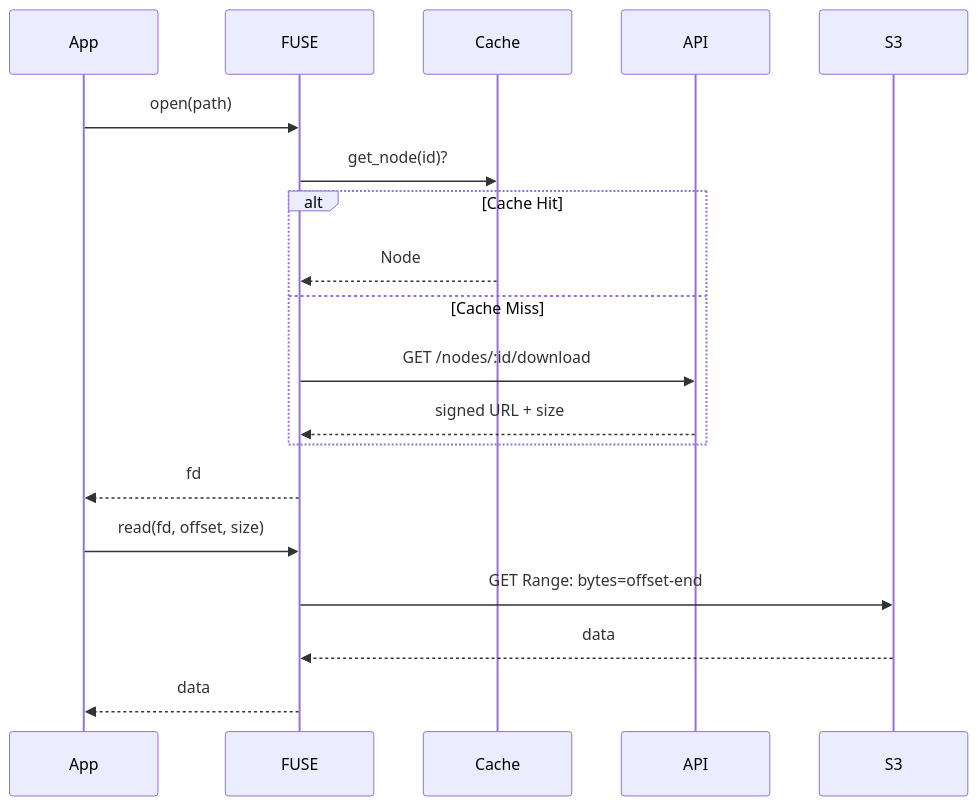
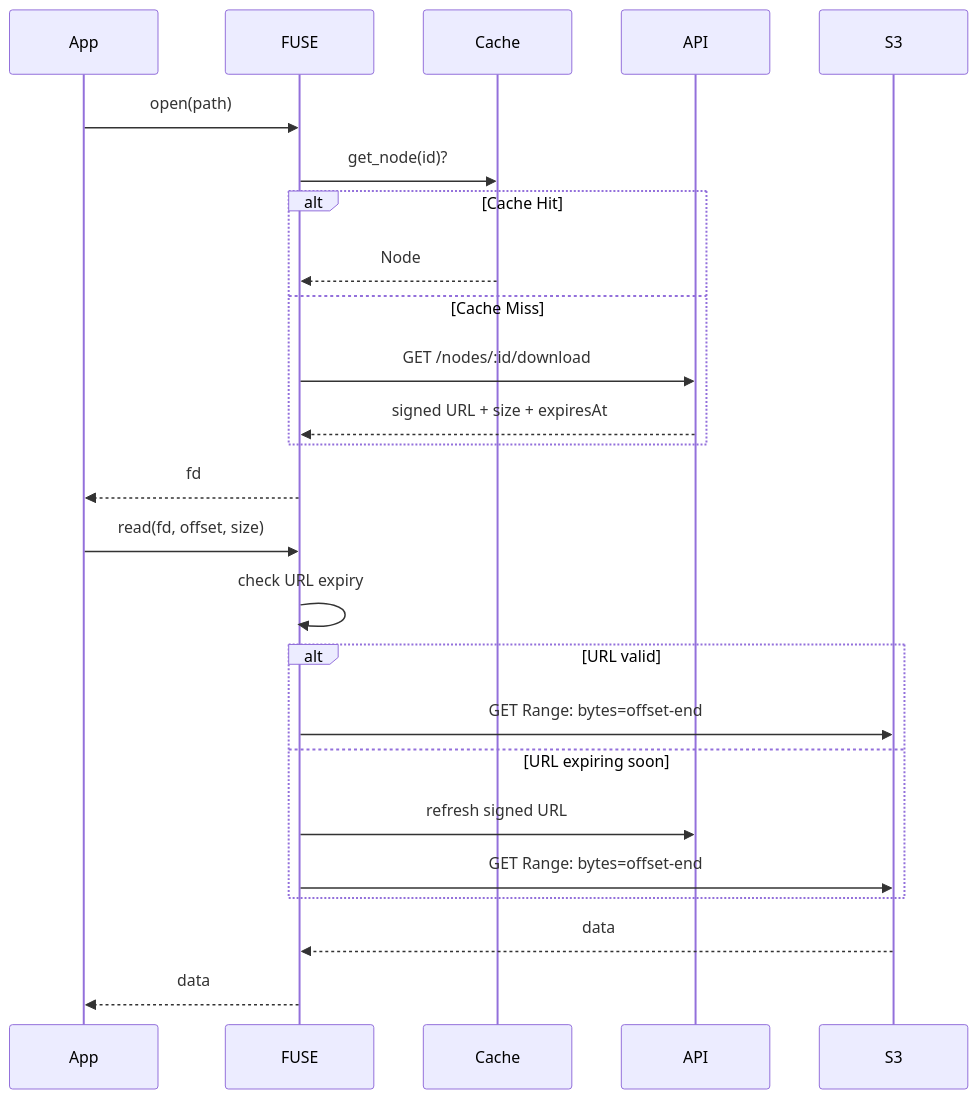
Before and after one commit to Roset-dev/Roset: the third of 4 diagrams in fuse/FUSE_ARCHITECTURE.md, drawn with Mermaid. The commit also changed other lines of this file and 6 other files, not shown here.

````diff
--- a/fuse/FUSE_ARCHITECTURE.md
+++ b/fuse/FUSE_ARCHITECTURE.md
@@ -230,23 +369,29 @@
 ```mermaid
 sequenceDiagram
     participant App
     participant FUSE
     participant Cache
     participant API
     participant S3
 
     App->>FUSE: open(path)
     FUSE->>Cache: get_node(id)?
     alt Cache Hit
         Cache-->>FUSE: Node
     else Cache Miss
         FUSE->>API: GET /nodes/:id/download
-        API-->>FUSE: signed URL + size
+        API-->>FUSE: signed URL + size + expiresAt
     end
     FUSE-->>App: fd
     
     App->>FUSE: read(fd, offset, size)
-    FUSE->>S3: GET Range: bytes=offset-end
+    FUSE->>FUSE: check URL expiry
+    alt URL valid
+        FUSE->>S3: GET Range: bytes=offset-end
+    else URL expiring soon
+        FUSE->>API: refresh signed URL
+        FUSE->>S3: GET Range: bytes=offset-end
+    end
     S3-->>FUSE: data
     FUSE-->>App: data
 ```
````
